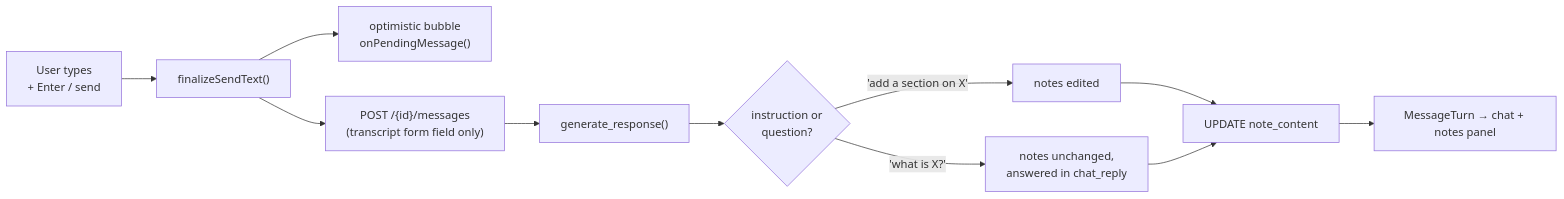
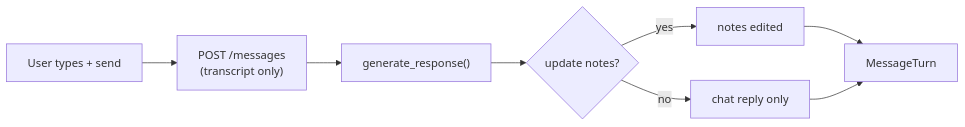
One commit to karlwehbe/AI-Note-taker changed the seventh of 12 diagrams in FLOW.md. Above: the diagram before and after it, drawn with Mermaid. The commit also changed other lines of this file and 6 other files, not shown here.

Commit message:
Send live recordings as transcript only; keep audio blob for file uploads

````diff
--- a/FLOW.md
+++ b/FLOW.md
@@ -342,13 +230,10 @@
 ```mermaid
 flowchart LR
-  A["User types<br/>+ Enter / send"] --> B["finalizeSendText()"]
-  B --> C["optimistic bubble<br/>onPendingMessage()"]
-  B --> D["POST /{id}/messages<br/>(transcript form field only)"]
-  D --> E["generate_response()"]
-  E --> F{"instruction or<br/>question?"}
-  F -->|"'add a section on X'"| G["notes edited"]
-  F -->|"'what is X?'"| H["notes unchanged,<br/>answered in chat_reply"]
-  G --> I["UPDATE note_content"]
-  H --> I
-  I --> J["MessageTurn → chat + notes panel"]
+  A["User types + send"] --> B["POST /messages<br/>(transcript only)"]
+  B --> C["generate_response()"]
+  C --> D{"update notes?"}
+  D -->|yes| E["notes edited"]
+  D -->|no| F["chat reply only"]
+  E --> G["MessageTurn"]
+  F --> G
 ```
````
